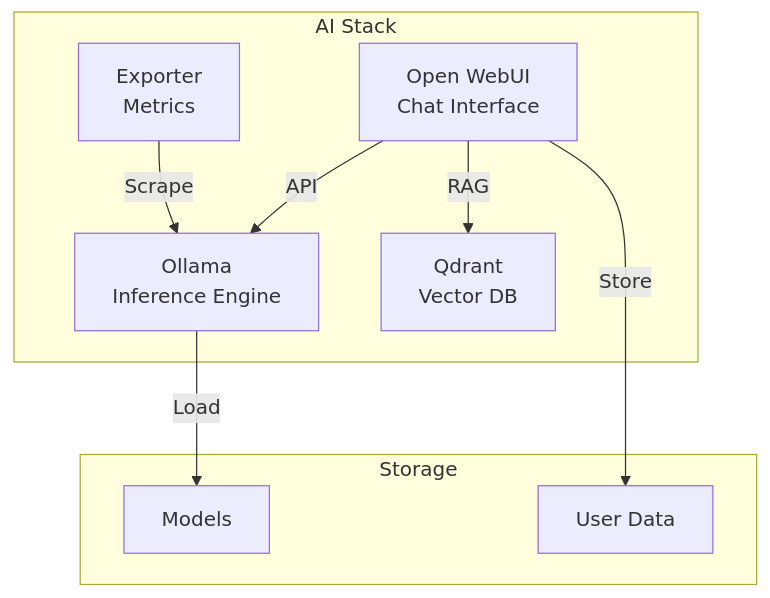
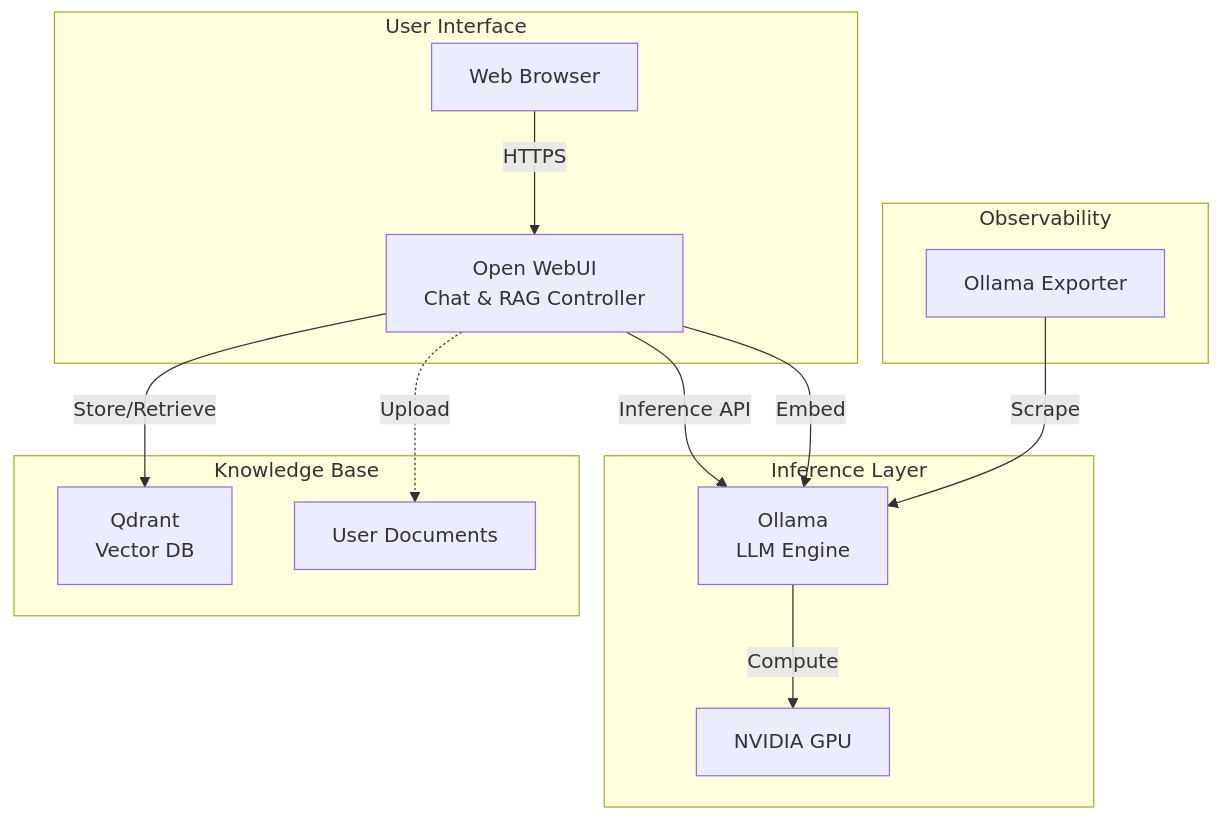
One commit to buenhyden/hy-home.docker changed the diagram in Infra/ollama/README.md. Above: the diagram before and after it, drawn with Mermaid. The commit also changed other lines of this file, not shown here.

First line of the commit message:
docs(ollama): refine README with RAG workflow and hardware specs

````diff
--- a/Infra/ollama/README.md
+++ b/Infra/ollama/README.md
@@ -7,20 +7,31 @@
 ```mermaid
 graph TB
-    subgraph "AI Stack"
-        UI[Open WebUI<br/>Chat Interface]
-        LLM[Ollama<br/>Inference Engine]
-        VDB[Qdrant<br/>Vector DB]
-        EXP[Exporter<br/>Metrics]
+    subgraph "User Interface"
+        Browser[Web Browser]
+        UI[Open WebUI<br/>Chat & RAG Controller]
     end
     
-    subgraph "Storage"
-        MD[Models]
-        UD[User Data]
+    subgraph "Inference Layer"
+        Ollama[Ollama<br/>LLM Engine]
+        GPU[NVIDIA GPU]
     end
     
-    UI -->|API| LLM
-    UI -->|RAG| VDB
-    LLM -->|Load| MD
-    UI -->|Store| UD
-    EXP -->|Scrape| LLM
+    subgraph "Knowledge Base"
+        Qdrant[Qdrant<br/>Vector DB]
+        Docs[User Documents]
+    end
+    
+    subgraph "Observability"
+        Exp[Ollama Exporter]
+    end
+
+    Browser -->|HTTPS| UI
+    UI -->|Inference API| Ollama
+    Ollama -->|Compute| GPU
+    
+    UI -->|Embed| Ollama
+    UI -->|Store/Retrieve| Qdrant
+    UI -.->|Upload| Docs
+    
+    Exp -->|Scrape| Ollama
 ```
````
